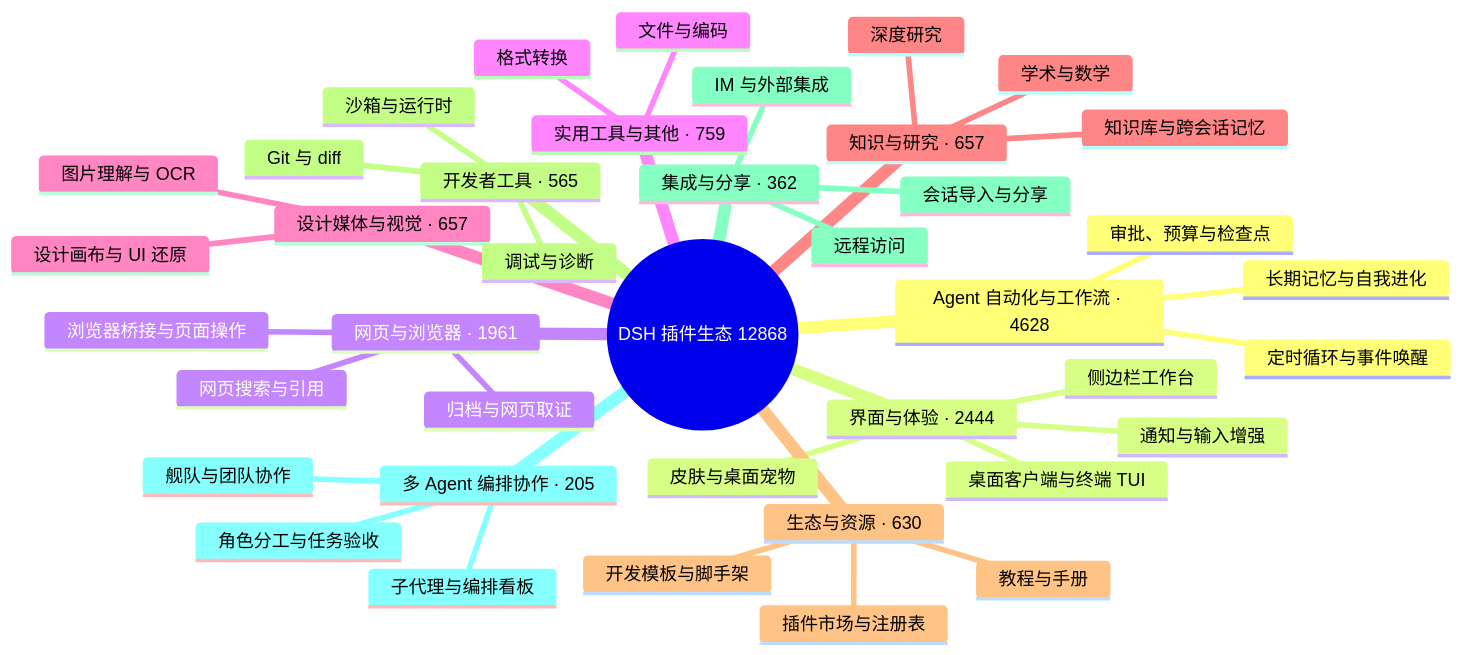
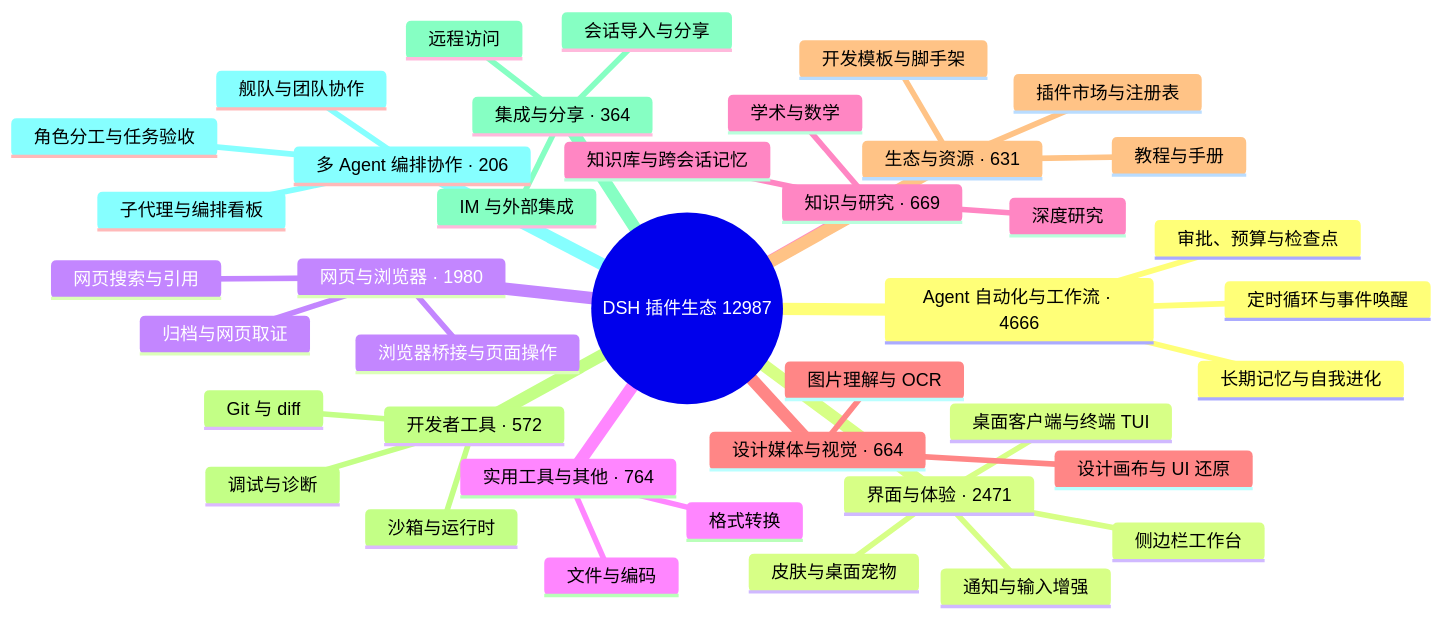
Before and after one commit to BOWLUNA/awesome-dsh-plugin: the diagram in README.md, drawn with Mermaid. The commit also changed other lines of this file and 21 other files, not shown here.

````diff
--- a/README.md
+++ b/README.md
@@ -33,43 +33,43 @@
 ```mermaid
 mindmap
-  root((DSH 插件生态 12868))
-    Agent 自动化与工作流 · 4628
+  root((DSH 插件生态 12987))
+    Agent 自动化与工作流 · 4666
       定时循环与事件唤醒
       长期记忆与自我进化
       审批、预算与检查点
-    界面与体验 · 2444
+    界面与体验 · 2471
       桌面客户端与终端 TUI
       侧边栏工作台
       皮肤与桌面宠物
       通知与输入增强
-    网页与浏览器 · 1961
+    网页与浏览器 · 1980
       浏览器桥接与页面操作
       网页搜索与引用
       归档与网页取证
-    实用工具与其他 · 759
+    实用工具与其他 · 764
       文件与编码
       格式转换
-    设计媒体与视觉 · 657
-      图片理解与 OCR
-      设计画布与 UI 还原
-    知识与研究 · 657
+    知识与研究 · 669
       知识库与跨会话记忆
       深度研究
       学术与数学
-    生态与资源 · 630
+    设计媒体与视觉 · 664
+      图片理解与 OCR
+      设计画布与 UI 还原
+    生态与资源 · 631
       插件市场与注册表
       开发模板与脚手架
       教程与手册
-    开发者工具 · 565
+    开发者工具 · 572
       Git 与 diff
       沙箱与运行时
       调试与诊断
-    集成与分享 · 362
+    集成与分享 · 364
       会话导入与分享
       远程访问
       IM 与外部集成
-    多 Agent 编排协作 · 205
+    多 Agent 编排协作 · 206
       子代理与编排看板
       舰队与团队协作
       角色分工与任务验收
 ```
````
